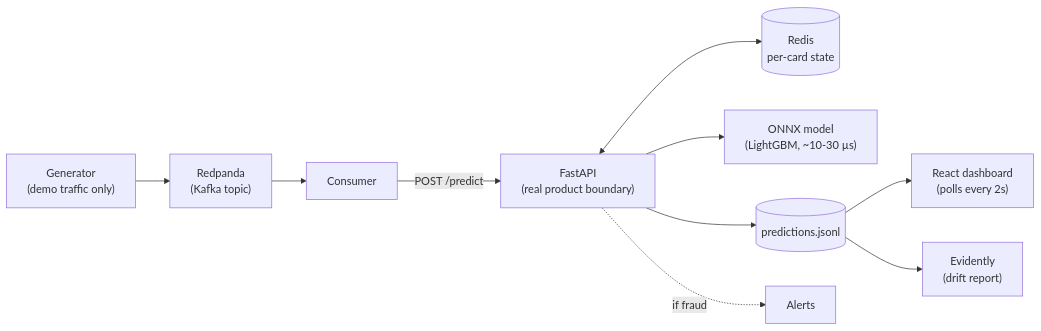
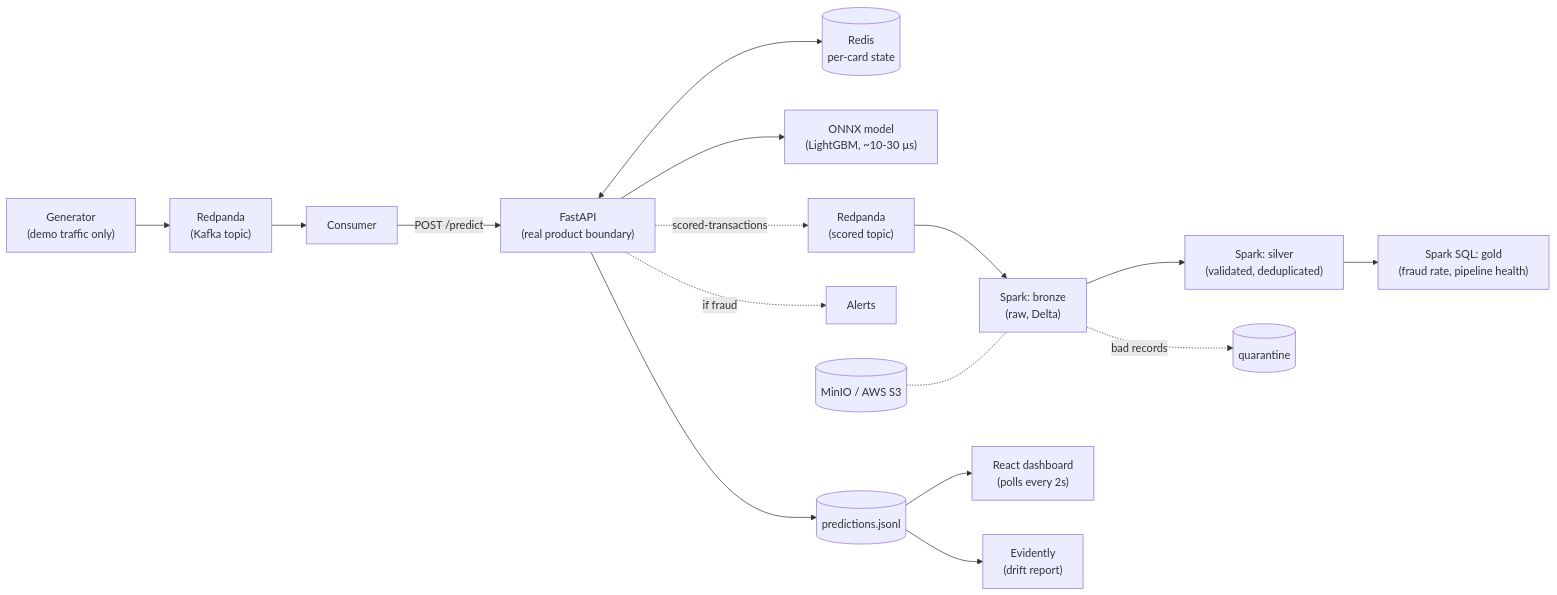
The diagram in README.md (erbolboribaev/fraud-detection), drawn with Mermaid before and after one commit. The commit also changed other lines of this file and 21 other files, not shown here.

First line of the commit message:
Add Spark + Delta lakehouse layer (bronze/silver/gold) fed by scored-transactions topic

````diff
--- a/README.md
+++ b/README.md
@@ -28,12 +28,18 @@
 ```mermaid
 flowchart LR
     GEN["Generator<br/>(demo traffic only)"] --> RP["Redpanda<br/>(Kafka topic)"]
     RP --> CONS["Consumer"]
     CONS -->|"POST /predict"| API["FastAPI<br/>(real product boundary)"]
     API <--> REDIS[("Redis<br/>per-card state")]
     API --> ONNX["ONNX model<br/>(LightGBM, ~10-30 µs)"]
     API --> LOG[("predictions.jsonl")]
     API -.->|"if fraud"| ALERT["Alerts"]
+    API -.->|"scored-transactions"| RP2["Redpanda<br/>(scored topic)"]
+    RP2 --> BRZ["Spark: bronze<br/>(raw, Delta)"]
+    BRZ --> SLV["Spark: silver<br/>(validated, deduplicated)"]
+    BRZ -.->|"bad records"| QUA[("quarantine")]
+    SLV --> GLD["Spark SQL: gold<br/>(fraud rate, pipeline health)"]
+    S3[("MinIO / AWS S3")] -.- BRZ
     LOG --> DASH["React dashboard<br/>(polls every 2s)"]
     LOG --> DRIFT["Evidently<br/>(drift report)"]
 ```
````
